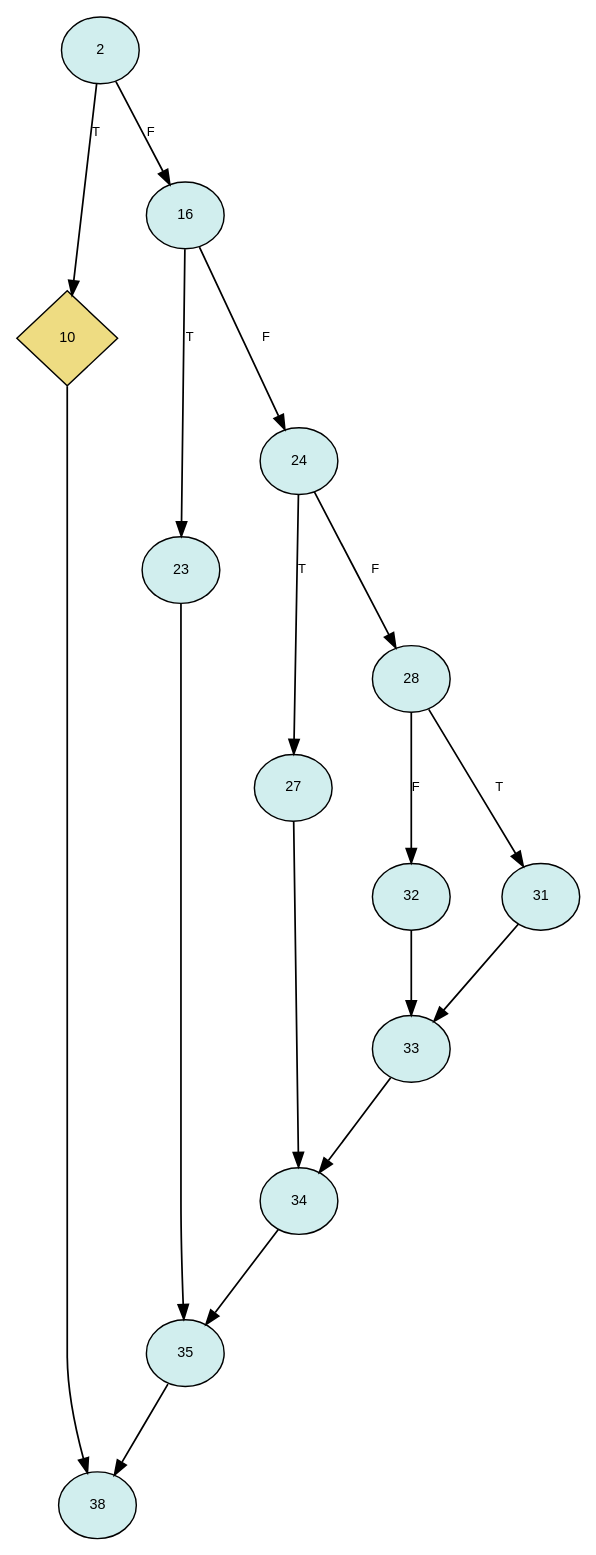
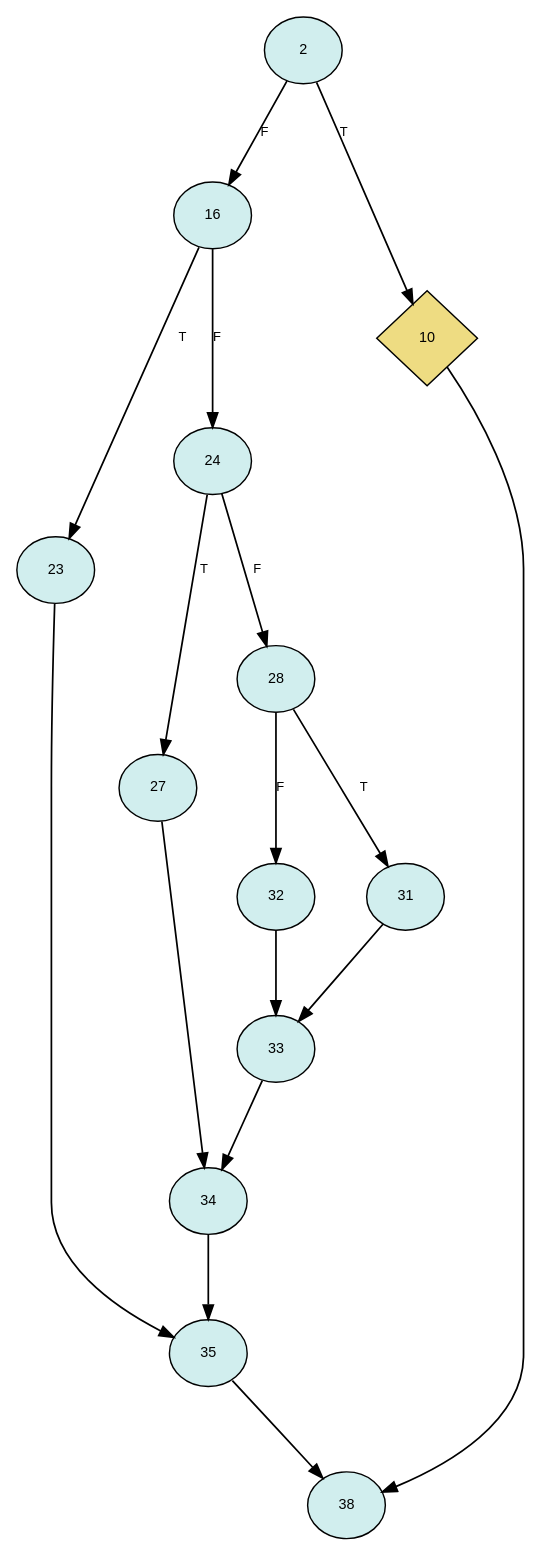
Before and after one commit to FelicitasGarcia/MimicryMonitor: the diagram in exampleFiles/dots/llvm/PRUEBA_DOT.dot, drawn with Graphviz. The commit also changed other lines of this file and 28 other files, not shown here.

```diff
--- a/exampleFiles/dots/llvm/PRUEBA_DOT.dot
+++ b/exampleFiles/dots/llvm/PRUEBA_DOT.dot
@@ -1,39 +1,39 @@
 digraph prueba {
   rankdir=TB; // Top to bottom layout
   rank=min;
   nodesep=0.5; // Increase node separation
   ranksep=0.8; // Increase rank separation
 edge [curvature=0.3];  node [fontname="Helvetica", fontsize=10];
   edge [fontname="Helvetica", fontsize=9];
 
+  2 [label="16", style=filled, fillcolor="lightcyan2", shape=ellipse, margin="0.15,0.15"];
+  9 [label="33", style=filled, fillcolor="lightcyan2", shape=ellipse, margin="0.15,0.15"];
+  3 [label="23", style=filled, fillcolor="lightcyan2", shape=ellipse, margin="0.15,0.15"];
   10 [label="34", style=filled, fillcolor="lightcyan2", shape=ellipse, margin="0.15,0.15"];
-  9 [label="33", style=filled, fillcolor="lightcyan2", shape=ellipse, margin="0.15,0.15"];
-  8 [label="32", style=filled, fillcolor="lightcyan2", shape=ellipse, margin="0.15,0.15"];
-  3 [label="23", style=filled, fillcolor="lightcyan2", shape=ellipse, margin="0.15,0.15"];
   4 [label="24", style=filled, fillcolor="lightcyan2", shape=ellipse, margin="0.15,0.15"];
+  11 [label="35", style=filled, fillcolor="lightcyan2", shape=ellipse, margin="0.15,0.15"];
   1 [label="10", style=filled, fillcolor="lightgoldenrod2", shape=diamond, margin="0.15,0.15"];
-  11 [label="35", style=filled, fillcolor="lightcyan2", shape=ellipse, margin="0.15,0.15"];
-  2 [label="16", style=filled, fillcolor="lightcyan2", shape=ellipse, margin="0.15,0.15"];
   5 [label="27", style=filled, fillcolor="lightcyan2", shape=ellipse, margin="0.15,0.15"];
   12 [label="38", style=filled, fillcolor="lightcyan2", shape=ellipse, margin="0.15,0.15"];
   6 [label="28", style=filled, fillcolor="lightcyan2", shape=ellipse, margin="0.15,0.15"];
   0 [label="2", style=filled, fillcolor="lightcyan2", shape=ellipse, margin="0.15,0.15"];
+  8 [label="32", style=filled, fillcolor="lightcyan2", shape=ellipse, margin="0.15,0.15"];
   7 [label="31", style=filled, fillcolor="lightcyan2", shape=ellipse, margin="0.15,0.15"];
 
   0 -> 1 [label="T", id=0, arrowhead=normal, penwidth=1.2];
   0 -> 2 [label="F", id=1, arrowhead=normal, penwidth=1.2];
   1 -> 12 [label="", id=2, arrowhead=normal, penwidth=1.2];
   2 -> 3 [label="T", id=3, arrowhead=normal, penwidth=1.2];
   2 -> 4 [label="F", id=4, arrowhead=normal, penwidth=1.2];
   3 -> 11 [label="", id=5, arrowhead=normal, penwidth=1.2];
   4 -> 5 [label="T", id=6, arrowhead=normal, penwidth=1.2];
   4 -> 6 [label="F", id=7, arrowhead=normal, penwidth=1.2];
   5 -> 10 [label="", id=8, arrowhead=normal, penwidth=1.2];
   6 -> 7 [label="T", id=9, arrowhead=normal, penwidth=1.2];
   6 -> 8 [label="F", id=10, arrowhead=normal, penwidth=1.2];
   7 -> 9 [label="", id=11, arrowhead=normal, penwidth=1.2];
   8 -> 9 [label="", id=12, arrowhead=normal, penwidth=1.2];
   9 -> 10 [label="", id=13, arrowhead=normal, penwidth=1.2];
   10 -> 11 [label="", id=14, arrowhead=normal, penwidth=1.2];
   11 -> 12 [label="", id=15, arrowhead=normal, penwidth=1.2];
 }
```
